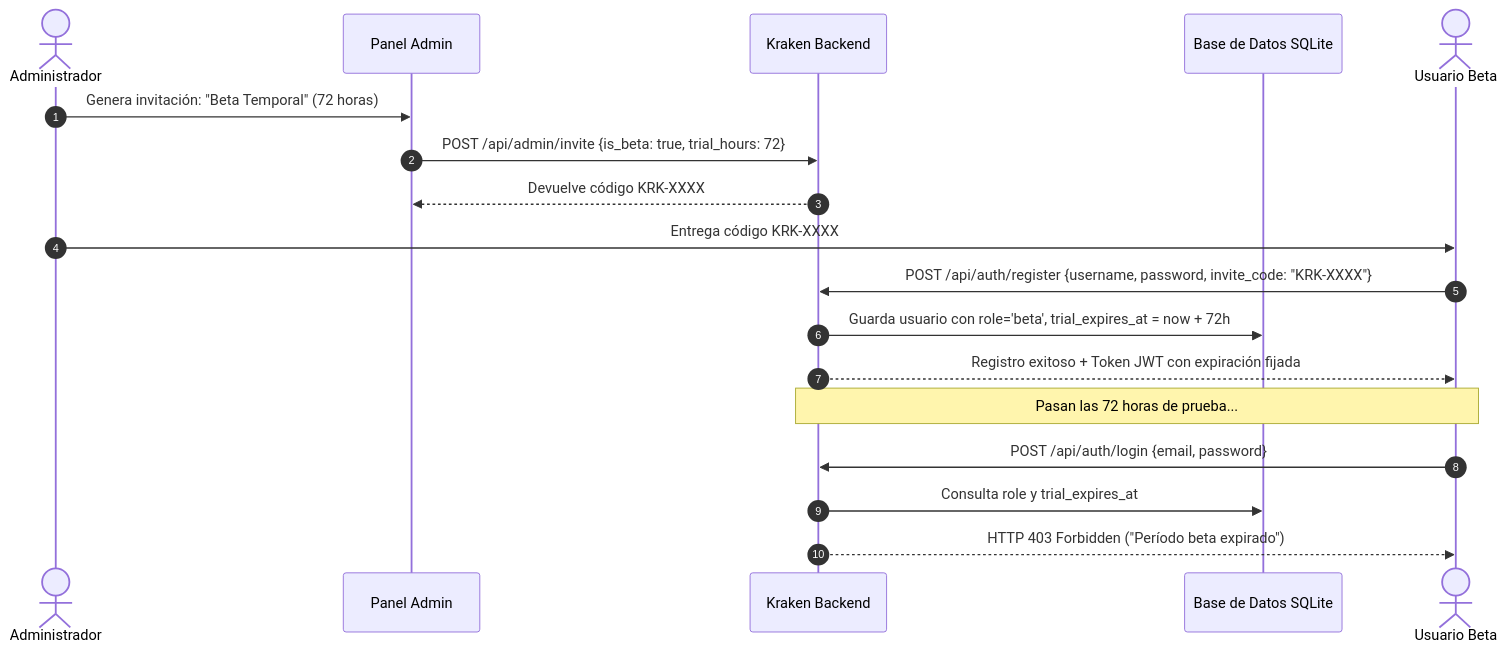
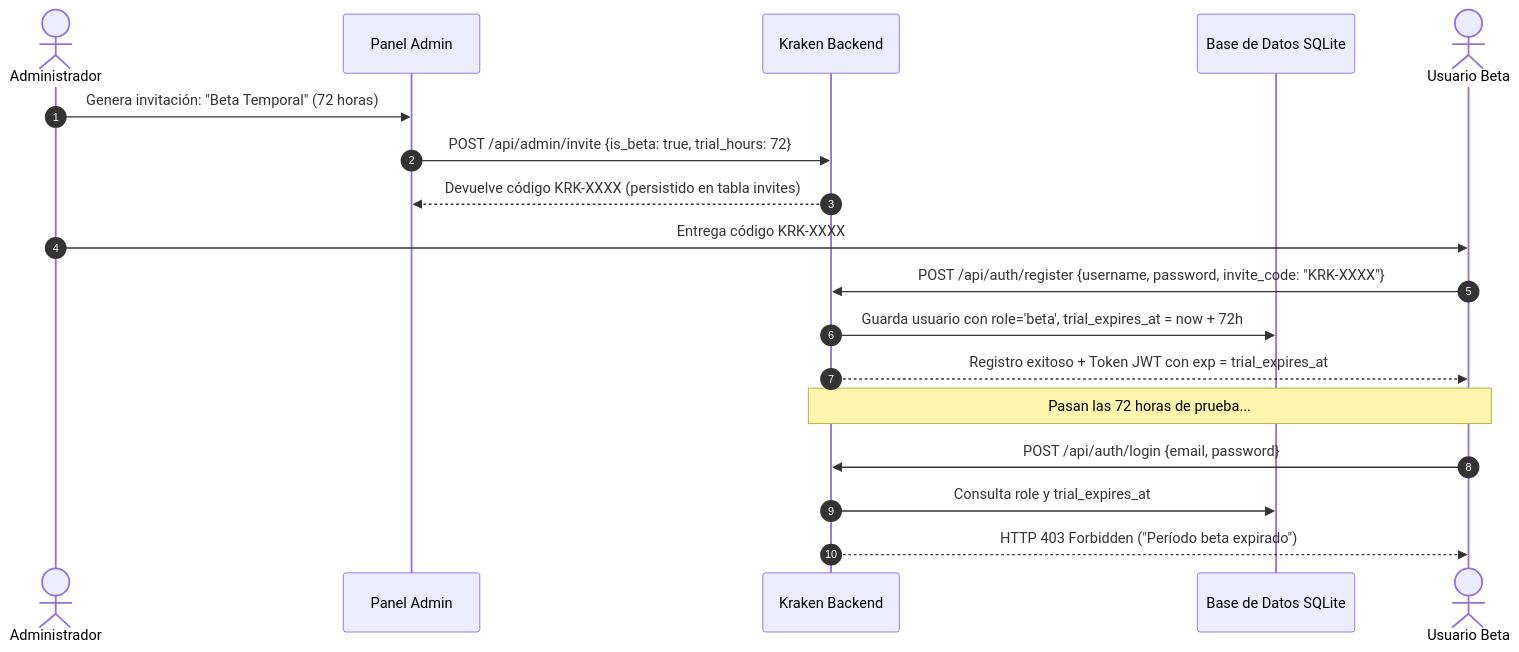
One commit to arsdaemonia-design/kraken-media-server changed the first of 2 diagrams in version5.md. Above: the diagram before and after it, drawn with Mermaid. The commit also changed other lines of this file and 23 other files, not shown here.

````diff
--- a/version5.md
+++ b/version5.md
@@ -63,21 +70,21 @@
 ```mermaid
 sequenceDiagram
     autonumber
     actor Admin as Administrador
     participant Web as Panel Admin
     participant Srv as Kraken Backend
     participant DB as Base de Datos SQLite
     actor Beta as Usuario Beta
 
     Admin->>Web: Genera invitación: "Beta Temporal" (72 horas)
     Web->>Srv: POST /api/admin/invite {is_beta: true, trial_hours: 72}
-    Srv-->>Web: Devuelve código KRK-XXXX
+    Srv-->>Web: Devuelve código KRK-XXXX (persistido en tabla invites)
     Admin->>Beta: Entrega código KRK-XXXX
     Beta->>Srv: POST /api/auth/register {username, password, invite_code: "KRK-XXXX"}
     Srv->>DB: Guarda usuario con role='beta', trial_expires_at = now + 72h
-    Srv-->>Beta: Registro exitoso + Token JWT con expiración fijada
+    Srv-->>Beta: Registro exitoso + Token JWT con exp = trial_expires_at
     Note over Beta,Srv: Pasan las 72 horas de prueba...
     Beta->>Srv: POST /api/auth/login {email, password}
     Srv->>DB: Consulta role y trial_expires_at
     Srv-->>Beta: HTTP 403 Forbidden ("Período beta expirado")
 ```
````
